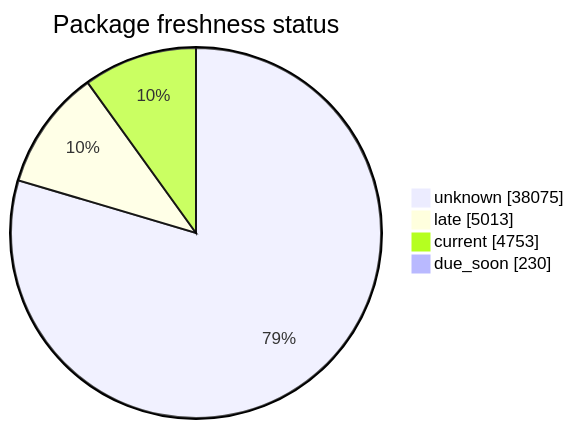
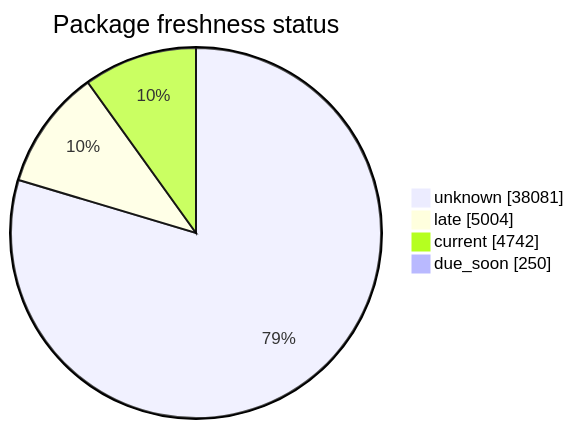
The second of 5 diagrams in FreshCheck/README.md (open-data/analytics-corporate-reporting), drawn with Mermaid before and after one commit. The commit also changed other lines of this file and 3 other files, not shown here.

````diff
--- a/FreshCheck/README.md
+++ b/FreshCheck/README.md
@@ -68,7 +68,7 @@
 ```mermaid
 pie showData title Package freshness status
-    "unknown": 38075
-    "late": 5013
-    "current": 4753
-    "due_soon": 230
+    "unknown": 38081
+    "late": 5004
+    "current": 4742
+    "due_soon": 250
 ```
````
